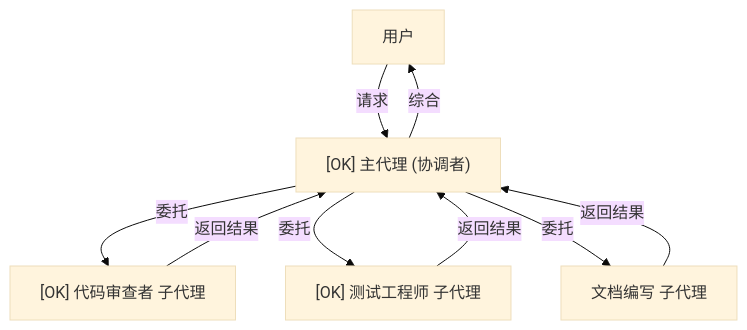
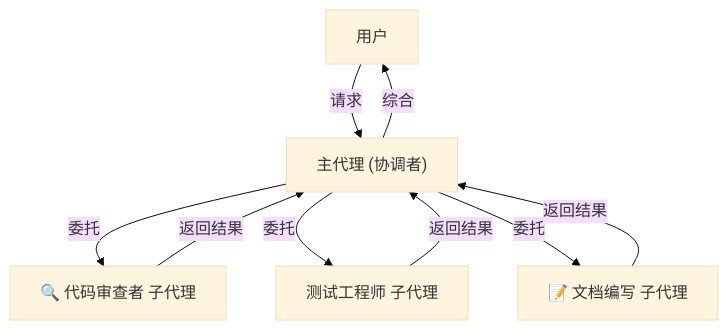
The fourth of 31 diagrams in claude_concepts_guide.md (Rx782-Fss/claude-howto-zh), drawn with Mermaid (base theme) before and after one commit. The commit also changed other lines of this file and 104 other files, not shown here.

````diff
--- a/claude_concepts_guide.md
+++ b/claude_concepts_guide.md
@@ -222,17 +222,17 @@
 ```mermaid
 graph TB
     User[" 用户"]
-    Main["[OK] 主代理 (协调者)"]
-    Reviewer["[OK] 代码审查者 子代理"]
-    Tester["[OK] 测试工程师 子代理"]
-    Docs[" 文档编写 子代理"]
+    Main[" 主代理 (协调者)"]
+    Reviewer["🔍 代码审查者 子代理"]
+    Tester[" 测试工程师 子代理"]
+    Docs["📝 文档编写 子代理"]
 
     User -->|请求| Main
     Main -->|委托| Reviewer
     Main -->|委托| Tester
     Main -->|委托| Docs
     Reviewer -->|返回结果| Main
     Tester -->|返回结果| Main
     Docs -->|返回结果| Main
     Main -->|综合| User
 ```
````
